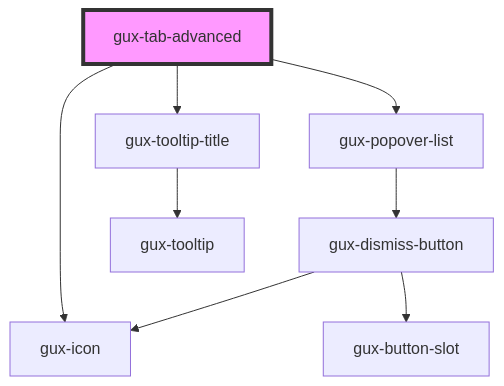
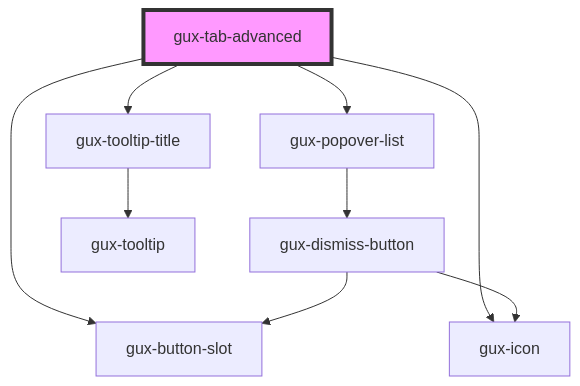
One commit to MyPureCloud/genesys-spark changed the diagram in packages/genesys-spark-components/src/components/stable/gux-tabs-advanced/gux-tab-advanced/readme.md. Above: the diagram before and after it, drawn with Mermaid. The commit also changed other lines of this file and 14 other files, not shown here.

````diff
--- a/packages/genesys-spark-components/src/components/stable/gux-tabs-advanced/gux-tab-advanced/readme.md
+++ b/packages/genesys-spark-components/src/components/stable/gux-tabs-advanced/gux-tab-advanced/readme.md
@@ -73,11 +74,12 @@
 ```mermaid
 graph TD;
+  gux-tab-advanced --> gux-button-slot
   gux-tab-advanced --> gux-icon
   gux-tab-advanced --> gux-popover-list
   gux-tab-advanced --> gux-tooltip-title
   gux-popover-list --> gux-dismiss-button
   gux-dismiss-button --> gux-button-slot
   gux-dismiss-button --> gux-icon
   gux-tooltip-title --> gux-tooltip
   style gux-tab-advanced fill:#f9f,stroke:#333,stroke-width:4px
 ```
````
